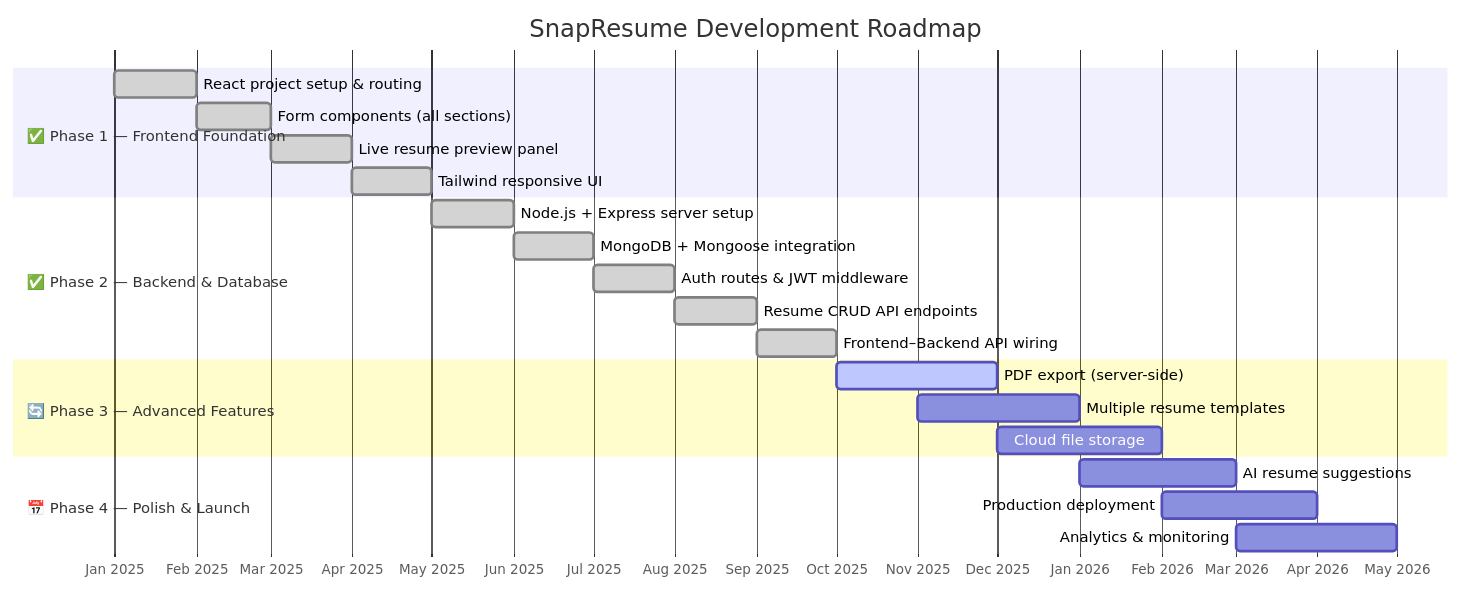
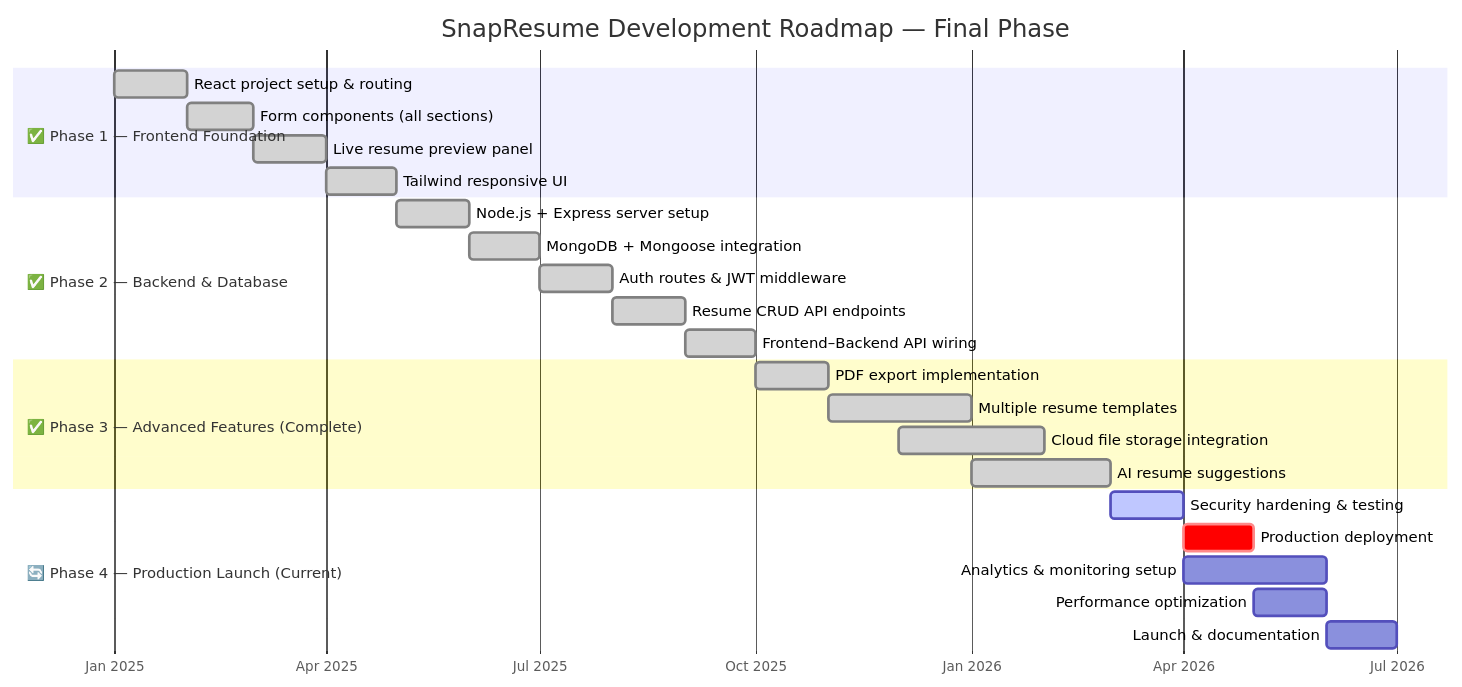
One commit to Diyajain3/SnapResume changed the fifth of 6 diagrams in README.md. Above: the diagram before and after it, drawn with Mermaid. The commit also changed other lines of this file, not shown here.

First line of the commit message:
Revise README with updated statuses and roadmap

````diff
--- a/README.md
+++ b/README.md
@@ -485,29 +495,32 @@
 ```mermaid
 gantt
-    title SnapResume Development Roadmap
+    title SnapResume Development Roadmap — Final Phase
     dateFormat  YYYY-MM
     axisFormat  %b %Y
 
     section ✅ Phase 1 — Frontend Foundation
     React project setup & routing   :done, p1a, 2025-01, 2025-02
     Form components (all sections)  :done, p1b, 2025-02, 2025-03
     Live resume preview panel       :done, p1c, 2025-03, 2025-04
     Tailwind responsive UI          :done, p1d, 2025-04, 2025-05
 
     section ✅ Phase 2 — Backend & Database
     Node.js + Express server setup  :done, p2a, 2025-05, 2025-06
     MongoDB + Mongoose integration  :done, p2b, 2025-06, 2025-07
     Auth routes & JWT middleware    :done, p2c, 2025-07, 2025-08
     Resume CRUD API endpoints       :done, p2d, 2025-08, 2025-09
     Frontend–Backend API wiring     :done, p2e, 2025-09, 2025-10
 
-    section 🔄 Phase 3 — Advanced Features
-    PDF export (server-side)        :active, p3a, 2025-10, 2025-12
-    Multiple resume templates       :p3b, 2025-11, 2026-01
-    Cloud file storage              :p3c, 2025-12, 2026-02
+    section ✅ Phase 3 — Advanced Features (Complete)
+    PDF export implementation       :done, p3a, 2025-10, 2025-11
+    Multiple resume templates       :done, p3b, 2025-11, 2026-01
+    Cloud file storage integration  :done, p3c, 2025-12, 2026-02
+    AI resume suggestions           :done, p3d, 2026-01, 2026-03
 
-    section 📅 Phase 4 — Polish & Launch
-    AI resume suggestions           :p4a, 2026-01, 2026-03
-    Production deployment           :p4b, 2026-02, 2026-04
-    Analytics & monitoring          :p4c, 2026-03, 2026-05
+    section 🔄 Phase 4 — Production Launch (Current)
+    Security hardening & testing    :active, p4a, 2026-03, 2026-04
+    Production deployment           :crit, p4b, 2026-04, 2026-05
+    Analytics & monitoring setup    :p4c, 2026-04, 2026-06
+    Performance optimization        :p4d, 2026-05, 2026-06
+    Launch & documentation          :p4e, 2026-06, 2026-07
 ```
````
